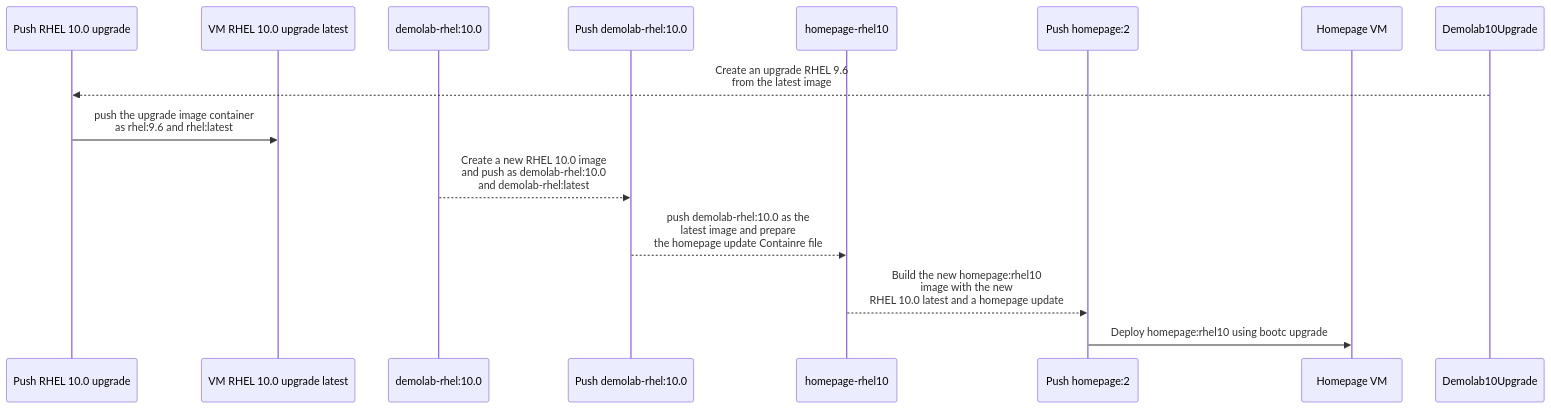
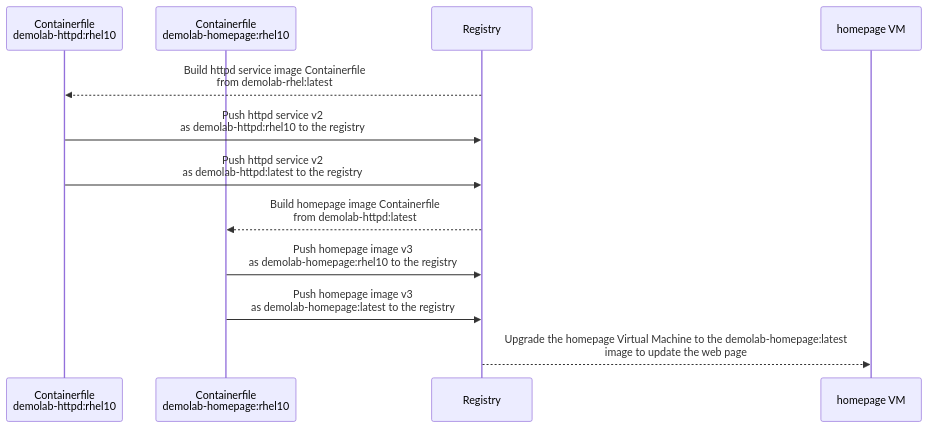
Before and after one commit to jvdbreggen/imagemodedemo: the eighth of 11 diagrams in README.md, drawn with Mermaid. The commit also changed other lines of this file, not shown here.

Commit message:
New intro and fixed the rhel 10 upgrade section

````diff
--- a/README.md
+++ b/README.md
@@ -566,22 +607,17 @@
 ```mermaid
 sequenceDiagram
     %% Actors
-    %% participant Demolab96 as demolab-rhel:9.6-1747275992
-    participant PushRHEL10Upgrade as Push RHEL 10.0 upgrade
-    participant VMRHEL10UpgradeLatest as VM RHEL 10.0 upgrade latest
-    participant Demolab10 as demolab-rhel:10.0
-    participant PushRHEL10 as Push demolab-rhel:10.0
-    participant HomepageUpdate as homepage-rhel10
-    participant PushHomepageUpdate as Push homepage:2
-    participant HomepageVM as Homepage VM
+    participant containerfile_httpd_1 as Containerfile<br/>demolab-httpd:rhel10
+    participant containerfile_homepage_1 as Containerfile<br/>demolab-homepage:rhel10
+    participant registry as Registry
+    participant homepage_vm_1 as homepage VM
 
-    %% Upgrade path
-    Demolab10Upgrade-->>PushRHEL10Upgrade: Create an upgrade RHEL 9.6<br/>from the latest image 
-    PushRHEL10Upgrade->>VMRHEL10UpgradeLatest: push the upgrade image container<br/>as rhel:9.6 and rhel:latest
-
-    %% RHEL 10 path
-    Demolab10-->>PushRHEL10: Create a new RHEL 10.0 image<br/>and push as demolab-rhel:10.0<br/>and demolab-rhel:latest
-    PushRHEL10-->>HomepageUpdate: push demolab-rhel:10.0 as the<br/>latest image and prepare<br/>the homepage update Containre file
-    HomepageUpdate-->>PushHomepageUpdate: Build the new homepage:rhel10<br/>image with the new<br/>RHEL 10.0 latest and a homepage update
-    PushHomepageUpdate->>HomepageVM: Deploy homepage:rhel10 using bootc upgrade
+    %% httpd VM Creation workflow
+    registry-->>containerfile_httpd_1: Build httpd service image Containerfile<br/>from demolab-rhel:latest
+    containerfile_httpd_1->>registry: Push httpd service v2<br/>as demolab-httpd:rhel10 to the registry
+    containerfile_httpd_1->>registry: Push httpd service v2<br/>as demolab-httpd:latest to the registry
+    registry-->>containerfile_homepage_1: Build homepage image Containerfile<br/>from demolab-httpd:latest
+    containerfile_homepage_1->>registry: Push homepage image v3<br/>as demolab-homepage:rhel10 to the registry
+    containerfile_homepage_1->>registry: Push homepage image v3<br/>as demolab-homepage:latest to the registry
+    registry-->>homepage_vm_1: Upgrade the homepage Virtual Machine to the demolab-homepage:latest <br/>image to update the web page
 ```
````
